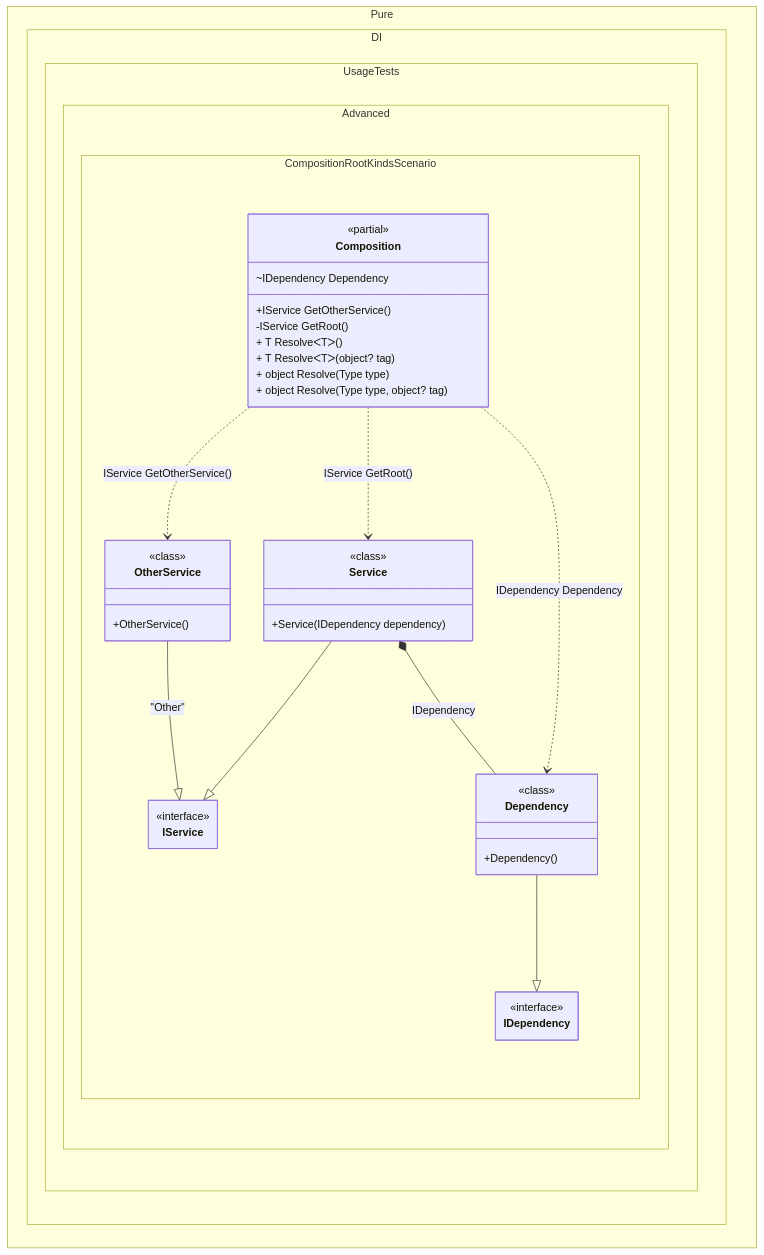
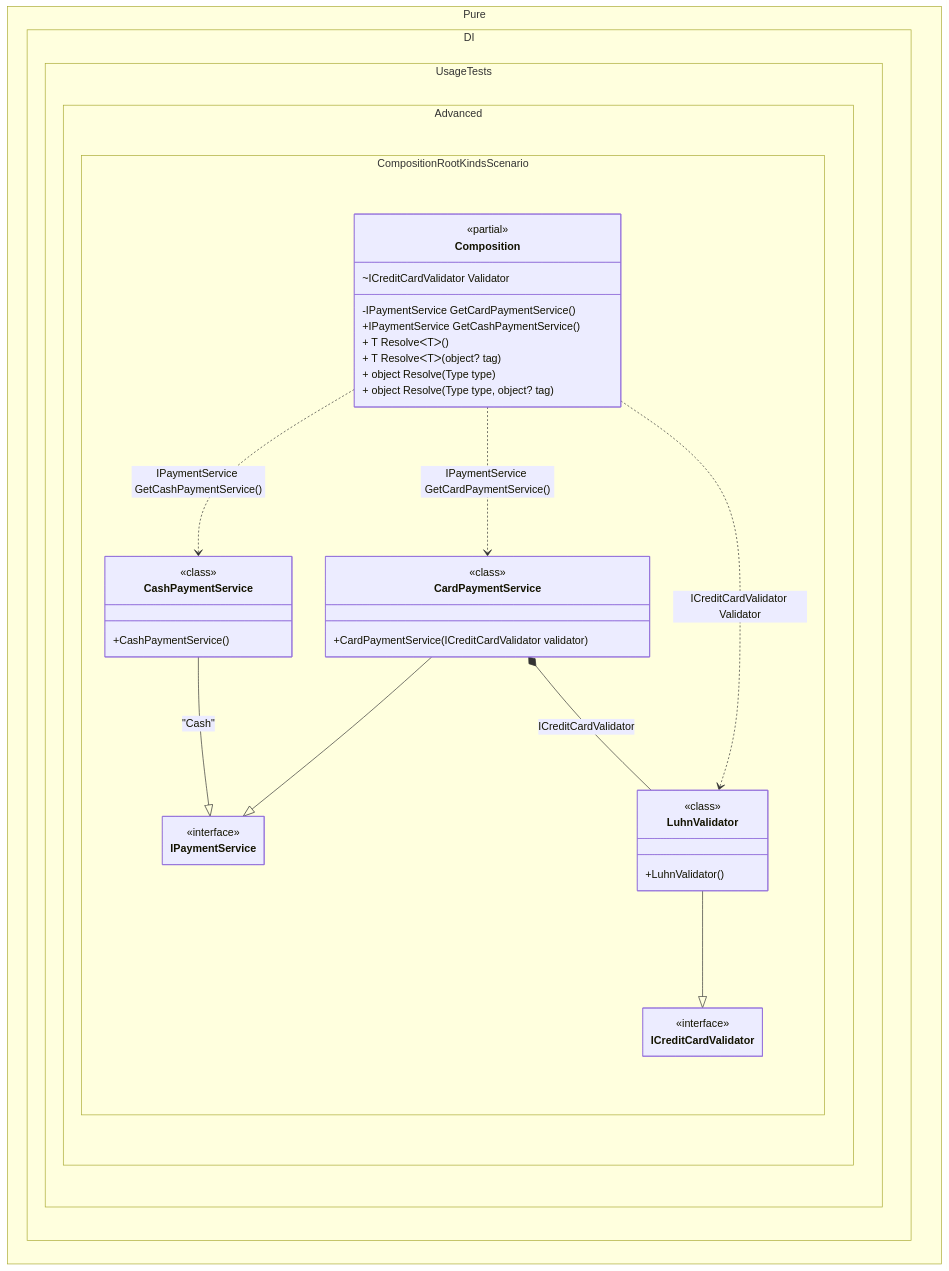
Before and after one commit to DevTeam/Pure.DI: the diagram in readme/composition-root-kinds.md, drawn with Mermaid. The commit also changed other lines of this file and 126 other files, not shown here.

````diff
--- a/readme/composition-root-kinds.md
+++ b/readme/composition-root-kinds.md
@@ -255,47 +255,47 @@
 ```mermaid
 ---
  config:
   maxTextSize: 2147483647
   maxEdges: 2147483647
   class:
    hideEmptyMembersBox: true
 ---
 classDiagram
-	Service --|> IService
-	OtherService --|> IService : "Other" 
-	Dependency --|> IDependency
-	Composition ..> Dependency : IDependency Dependency
-	Composition ..> Service : IService GetRoot()
-	Composition ..> OtherService : IService GetOtherService()
-	Service *--  Dependency : IDependency
+	CardPaymentService --|> IPaymentService
+	CashPaymentService --|> IPaymentService : "Cash" 
+	LuhnValidator --|> ICreditCardValidator
+	Composition ..> LuhnValidator : ICreditCardValidator Validator
+	Composition ..> CardPaymentService : IPaymentService GetCardPaymentService()
+	Composition ..> CashPaymentService : IPaymentService GetCashPaymentService()
+	CardPaymentService *--  LuhnValidator : ICreditCardValidator
 	namespace Pure.DI.UsageTests.Advanced.CompositionRootKindsScenario {
+		class CardPaymentService {
+				<<class>>
+			+CardPaymentService(ICreditCardValidator validator)
+		}
+		class CashPaymentService {
+				<<class>>
+			+CashPaymentService()
+		}
 		class Composition {
 		<<partial>>
-		~IDependency Dependency
-		+IService GetOtherService()
-		-IService GetRoot()
+		-IPaymentService GetCardPaymentService()
+		+IPaymentService GetCashPaymentService()
+		~ICreditCardValidator Validator
 		+ T ResolveᐸTᐳ()
 		+ T ResolveᐸTᐳ(object? tag)
 		+ object Resolve(Type type)
 		+ object Resolve(Type type, object? tag)
 		}
-		class Dependency {
-				<<class>>
-			+Dependency()
-		}
-		class IDependency {
+		class ICreditCardValidator {
 			<<interface>>
 		}
-		class IService {
+		class IPaymentService {
 			<<interface>>
 		}
-		class OtherService {
+		class LuhnValidator {
 				<<class>>
-			+OtherService()
-		}
-		class Service {
-				<<class>>
-			+Service(IDependency dependency)
+			+LuhnValidator()
 		}
 	}
 ```
````
